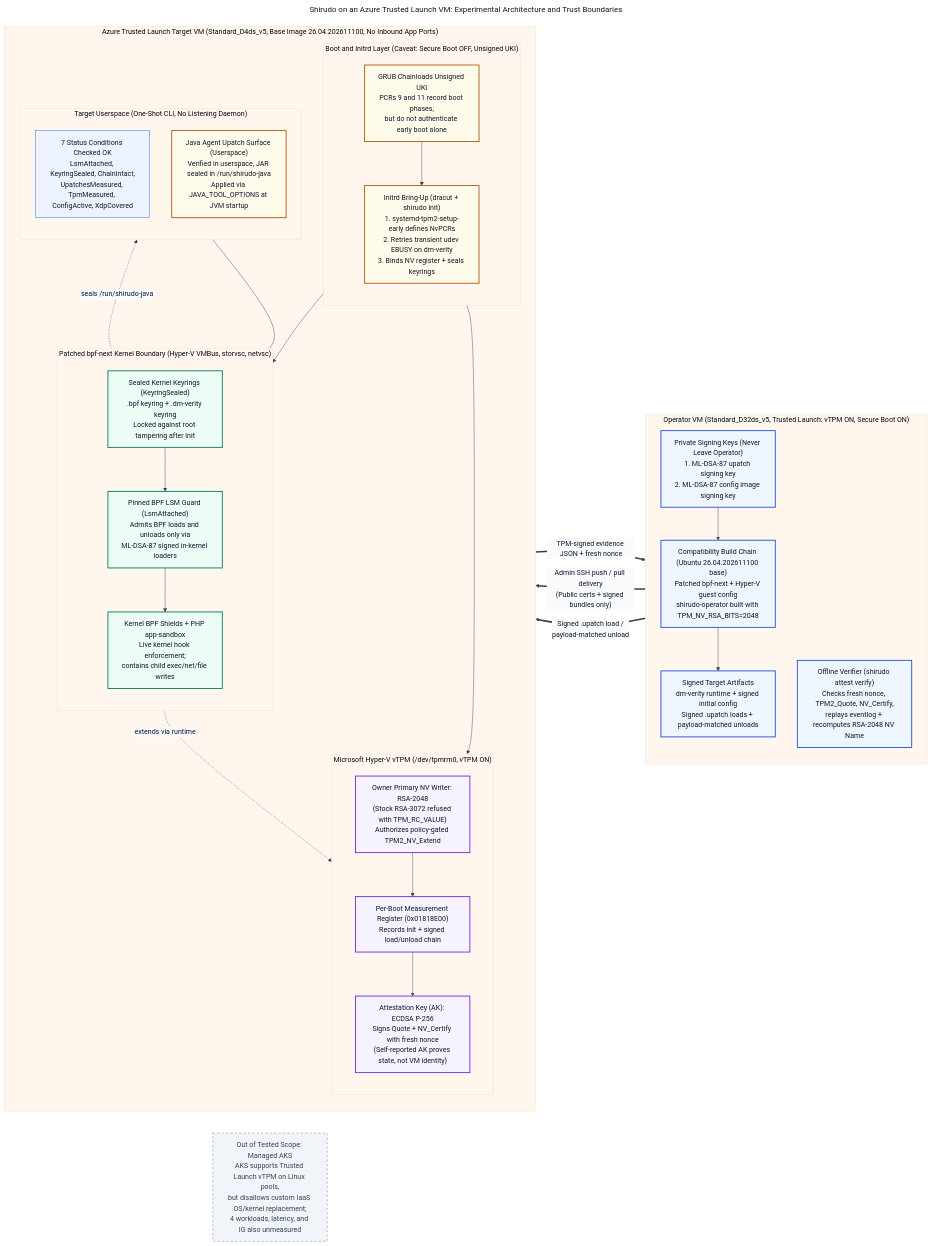
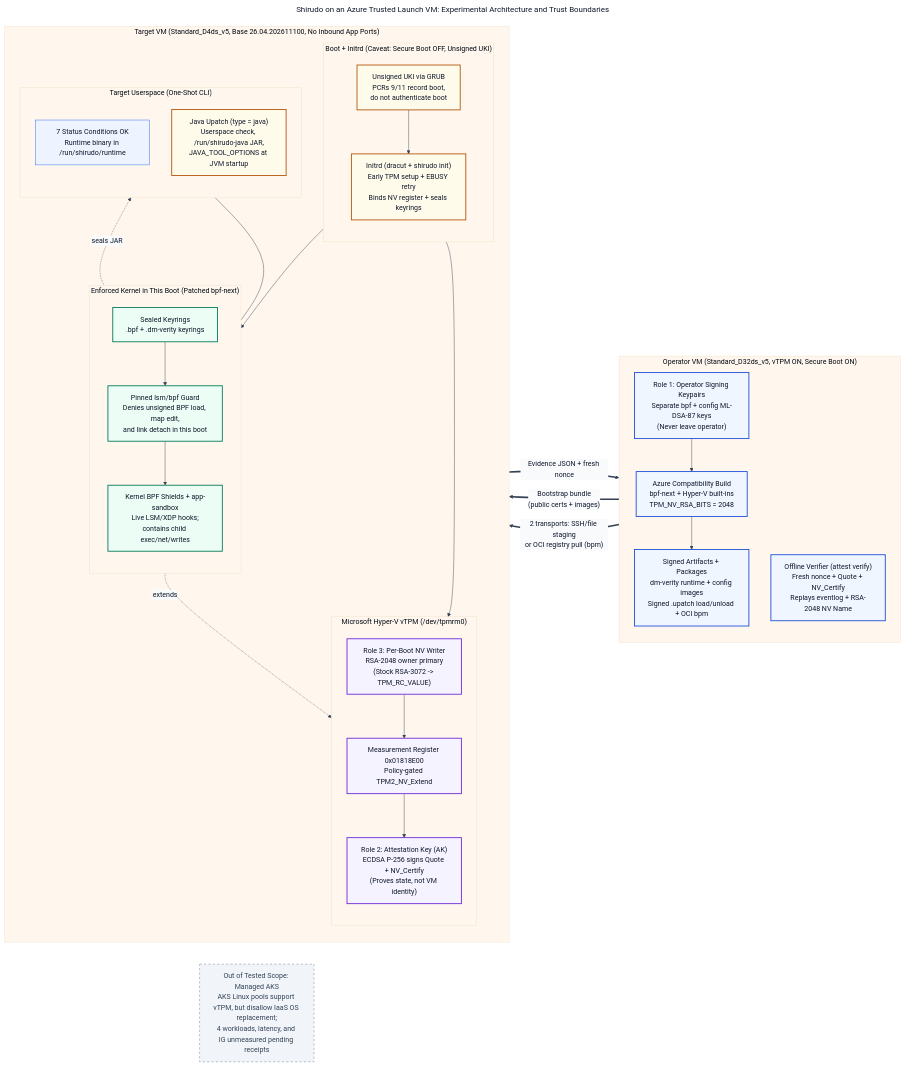
The diagram in docs/figures/shirudo-azure-trust-boundary.mmd (johnsonshi/shirudo-on-azure), drawn with Mermaid before and after one commit. The commit also changed 4 other files, not shown here.

First line of the commit message:
docs: narrow in-boot BPF LSM scope, clarify three key roles, and note two transports

```diff
--- a/docs/figures/shirudo-azure-trust-boundary.mmd
+++ b/docs/figures/shirudo-azure-trust-boundary.mmd
@@ -1,81 +1,81 @@
 ---
 title: "Shirudo on an Azure Trusted Launch VM: Experimental Architecture and Trust Boundaries"
 config:
   theme: base
   layout: dagre
   themeVariables:
     primaryColor: "#eef4ff"
     primaryTextColor: "#0f172a"
     primaryBorderColor: "#2563eb"
     lineColor: "#334155"
     secondaryColor: "#f8fafc"
     tertiaryColor: "#fff7ed"
 ---
 %% Editable Mermaid source for docs/figures/shirudo-azure-trust-boundary.svg
 %% Experimental Azure IaaS port (not official Azure support; managed AKS not tested).
 flowchart LR
-    subgraph OP["Operator VM (Standard_D32ds_v5, Trusted Launch: vTPM ON, Secure Boot ON)"]
+    subgraph OP["Operator VM (Standard_D32ds_v5, vTPM ON, Secure Boot ON)"]
         direction TB
-        OP_KEYS["Private Signing Keys (Never Leave Operator)<br/>1. ML-DSA-87 upatch signing key<br/>2. ML-DSA-87 config image signing key"]
-        OP_BUILD["Compatibility Build Chain (Ubuntu 26.04.202611100 base)<br/>Patched bpf-next + Hyper-V guest config<br/>shirudo-operator built with TPM_NV_RSA_BITS=2048"]
-        OP_ART["Signed Target Artifacts<br/>dm-verity runtime + signed initial config<br/>Signed .upatch loads + payload-matched unloads"]
-        OP_VER["Offline Verifier (shirudo attest verify)<br/>Checks fresh nonce, TPM2_Quote, NV_Certify,<br/>replays eventlog + recomputes RSA-2048 NV Name"]
+        OP_KEYS["Role 1: Operator Signing Keypairs<br/>Separate bpf + config ML-DSA-87 keys<br/>(Never leave operator)"]
+        OP_BUILD["Azure Compatibility Build<br/>bpf-next + Hyper-V built-ins<br/>TPM_NV_RSA_BITS = 2048"]
+        OP_ART["Signed Artifacts + Packages<br/>dm-verity runtime + config images<br/>Signed .upatch load/unload + OCI bpm"]
+        OP_VER["Offline Verifier (attest verify)<br/>Fresh nonce + Quote + NV_Certify<br/>Replays eventlog + RSA-2048 NV Name"]
         OP_KEYS --> OP_BUILD --> OP_ART
     end
 
-    subgraph TGT["Azure Trusted Launch Target VM (Standard_D4ds_v5, Base Image 26.04.202611100, No Inbound App Ports)"]
+    subgraph TGT["Target VM (Standard_D4ds_v5, Base 26.04.202611100, No Inbound App Ports)"]
         direction TB
 
-        subgraph BOOT["Boot and Initrd Layer (Caveat: Secure Boot OFF, Unsigned UKI)"]
+        subgraph BOOT["Boot + Initrd (Caveat: Secure Boot OFF, Unsigned UKI)"]
             direction TB
-            UKI["GRUB Chainloads Unsigned UKI<br/>PCRs 9 and 11 record boot phases,<br/>but do not authenticate early boot alone"]
-            INIT["Initrd Bring-Up (dracut + shirudo init)<br/>1. systemd-tpm2-setup-early defines NvPCRs<br/>2. Retries transient udev EBUSY on dm-verity<br/>3. Binds NV register + seals keyrings"]
+            UKI["Unsigned UKI via GRUB<br/>PCRs 9/11 record boot,<br/>do not authenticate boot"]
+            INIT["Initrd (dracut + shirudo init)<br/>Early TPM setup + EBUSY retry<br/>Binds NV register + seals keyrings"]
             UKI --> INIT
         end
 
-        subgraph KRN["Patched bpf-next Kernel Boundary (Hyper-V VMBus, storvsc, netvsc)"]
+        subgraph KRN["Enforced Kernel in This Boot (Patched bpf-next)"]
             direction TB
-            KR["Sealed Kernel Keyrings (KeyringSealed)<br/>.bpf keyring + .dm-verity keyring<br/>Locked against root tampering after init"]
-            LSM["Pinned BPF LSM Guard (LsmAttached)<br/>Admits BPF loads and unloads only via<br/>ML-DSA-87 signed in-kernel loaders"]
-            BPF_SH["Kernel BPF Shields + PHP app-sandbox<br/>Live kernel hook enforcement;<br/>contains child exec/net/file writes"]
+            KR["Sealed Keyrings<br/>.bpf + .dm-verity keyrings"]
+            LSM["Pinned lsm/bpf Guard<br/>Denies unsigned BPF load, map edit,<br/>and link detach in this boot"]
+            BPF_SH["Kernel BPF Shields + app-sandbox<br/>Live LSM/XDP hooks;<br/>contains child exec/net/writes"]
             KR --> LSM --> BPF_SH
         end
 
-        subgraph USR["Target Userspace (One-Shot CLI, No Listening Daemon)"]
+        subgraph USR["Target Userspace (One-Shot CLI)"]
             direction TB
-            STATUS["7 Status Conditions Checked OK<br/>LsmAttached, KeyringSealed, ChainIntact,<br/>UpatchesMeasured, TpmMeasured, ConfigActive, XdpCovered"]
-            JAVA_SH["Java Agent Upatch Surface (Userspace)<br/>Verified in userspace, JAR sealed in /run/shirudo-java<br/>Applied via JAVA_TOOL_OPTIONS at JVM startup"]
+            STATUS["7 Status Conditions OK<br/>Runtime binary in /run/shirudo/runtime"]
+            JAVA_SH["Java Upatch (type = java)<br/>Userspace check, /run/shirudo-java JAR,<br/>JAVA_TOOL_OPTIONS at JVM startup"]
         end
 
-        subgraph VTPM["Microsoft Hyper-V vTPM (/dev/tpmrm0, vTPM ON)"]
+        subgraph VTPM["Microsoft Hyper-V vTPM (/dev/tpmrm0)"]
             direction TB
-            NVW["Owner Primary NV Writer: RSA-2048<br/>(Stock RSA-3072 refused with TPM_RC_VALUE)<br/>Authorizes policy-gated TPM2_NV_Extend"]
-            REG["Per-Boot Measurement Register (0x01818E00)<br/>Records init + signed load/unload chain"]
-            AK["Attestation Key (AK): ECDSA P-256<br/>Signs Quote + NV_Certify with fresh nonce<br/>(Self-reported AK proves state, not VM identity)"]
+            NVW["Role 3: Per-Boot NV Writer<br/>RSA-2048 owner primary<br/>(Stock RSA-3072 -> TPM_RC_VALUE)"]
+            REG["Measurement Register 0x01818E00<br/>Policy-gated TPM2_NV_Extend"]
+            AK["Role 2: Attestation Key (AK)<br/>ECDSA P-256 signs Quote + NV_Certify<br/>(Proves state, not VM identity)"]
             NVW --> REG --> AK
         end
 
         INIT --> KR
         INIT --> NVW
-        LSM -. "extends via runtime" .-> NVW
-        LSM -. "seals /run/shirudo-java" .-> JAVA_SH
+        LSM -. "extends" .-> NVW
+        LSM -. "seals JAR" .-> JAVA_SH
         STATUS --- LSM
     end
 
-    OUT_SCOPE["Out of Tested Scope: Managed AKS<br/>AKS supports Trusted Launch vTPM on Linux pools,<br/>but disallows custom IaaS OS/kernel replacement;<br/>4 workloads, latency, and IG also unmeasured"]
+    OUT_SCOPE["Out of Tested Scope: Managed AKS<br/>AKS Linux pools support vTPM, but disallow IaaS OS replacement;<br/>4 workloads, latency, and IG unmeasured pending receipts"]
 
-    OP_ART ==>|"Admin SSH push / pull delivery<br/>(Public certs + signed bundles only)"| INIT
-    OP_ART ==>|"Signed .upatch load /<br/>payload-matched unload"| LSM
-    AK ==>|"TPM-signed evidence JSON + fresh nonce"| OP_VER
+    OP_ART ==>|"Bootstrap bundle<br/>(public certs + images)"| INIT
+    OP_ART ==>|"2 transports: SSH/file staging<br/>or OCI registry pull (bpm)"| LSM
+    AK ==>|"Evidence JSON + fresh nonce"| OP_VER
 
     classDef operatorBox fill:#eff6ff,stroke:#1d4ed8,stroke-width:2px,color:#0f172a
     classDef kernelBox fill:#ecfdf5,stroke:#047857,stroke-width:2px,color:#0f172a
     classDef caveatBox fill:#fffbeb,stroke:#b45309,stroke-width:2px,color:#0f172a
     classDef vtpmBox fill:#f5f3ff,stroke:#6d28d9,stroke-width:2px,color:#0f172a
     classDef scopeBox fill:#f1f5f9,stroke:#64748b,stroke-dasharray: 5 5,color:#334155
 
     class OP_KEYS,OP_BUILD,OP_ART,OP_VER operatorBox
     class KR,LSM,BPF_SH kernelBox
     class UKI,INIT,JAVA_SH caveatBox
     class NVW,REG,AK vtpmBox
     class OUT_SCOPE scopeBox
```
